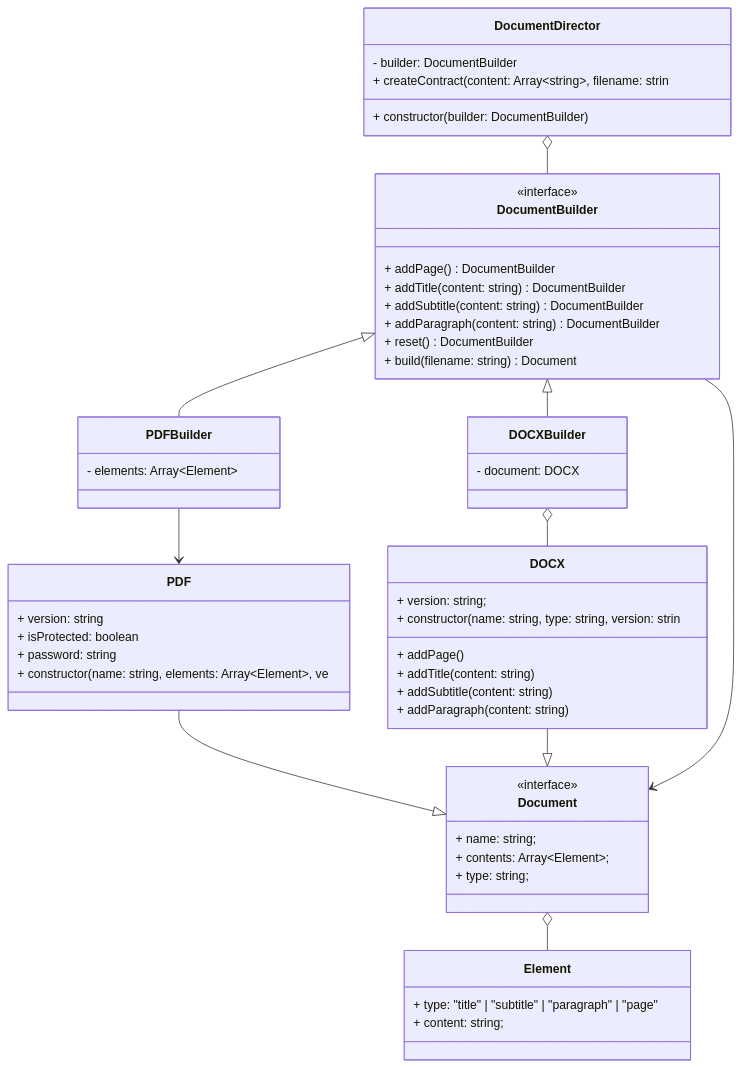
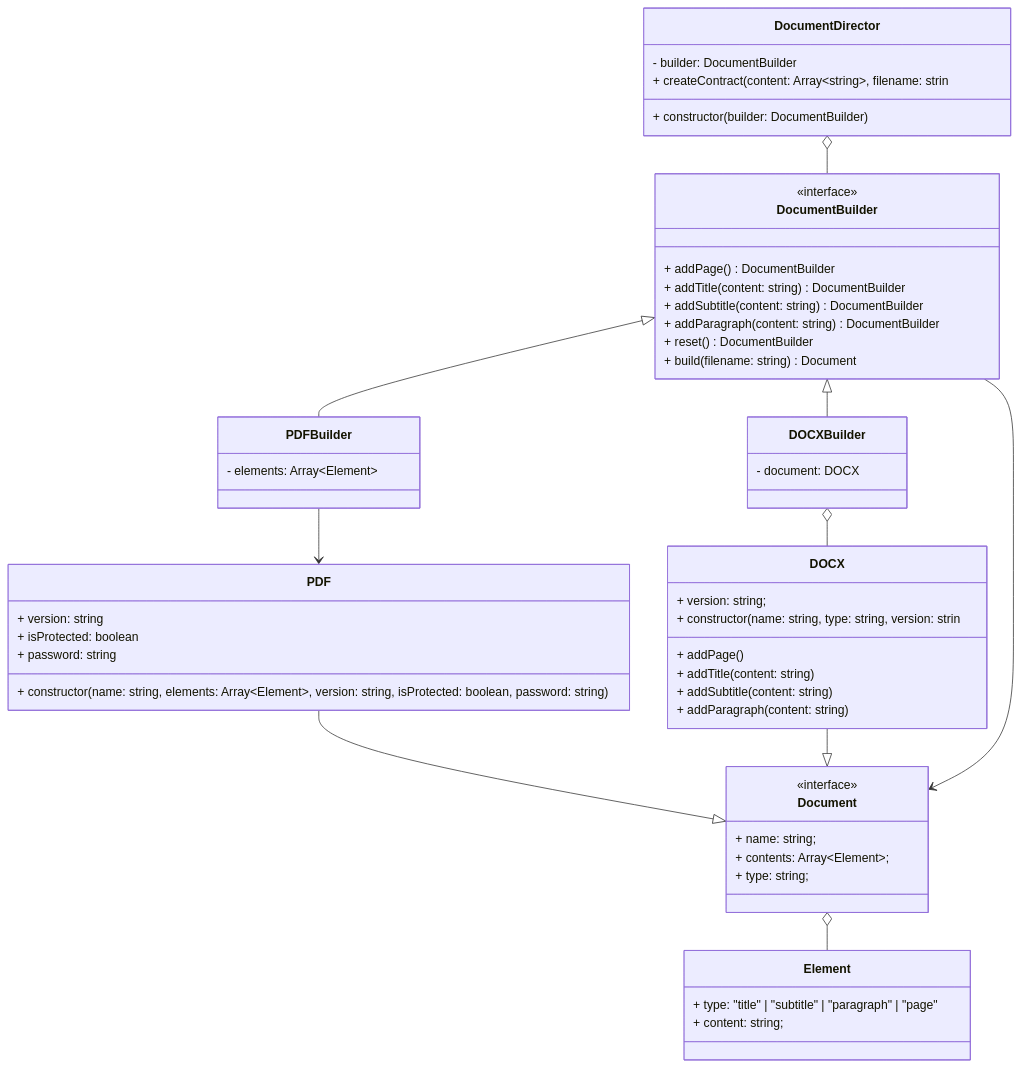
The diagram in README.md (A-Pass/IFBA-ADS-202211240006-S5.0-PRP005-Atividade.08.builder.pattern), drawn with Mermaid before and after one commit. The commit also changed 19 other files, not shown here.

```````diff
--- a/README.md
+++ b/README.md
@@ -137,57 +137,57 @@
 ```mermaid
 classDiagram
     class DocumentBuilder {
         <<interface>>
         + addPage() DocumentBuilder
         + addTitle(content: string) DocumentBuilder
         + addSubtitle(content: string) DocumentBuilder
         + addParagraph(content: string) DocumentBuilder
         + reset() DocumentBuilder
         + build(filename: string) Document
     }
     class Element {
         + type: "title" | "subtitle" | "paragraph" | "page"
         + content: string;
     }
 
     class Document {
         <<interface>>
         + name: string;
         + contents: Array~Element~;
         + type: string;
     }
     class PDF {
         + version: string
         + isProtected: boolean
         + password: string
-        + constructor(name: string, elements: Array~Element~, ve
+        + constructor(name: string, elements: Array~Element~, version: string, isProtected: boolean, password: string)
     }
     class DOCX {
         + version: string;
         + constructor(name: string, type: string, version: strin
         + addPage()
         + addTitle(content: string)
         + addSubtitle(content: string)
         + addParagraph(content: string)
     }
     class PDFBuilder {
         - elements: Array~Element~
     }
     class DOCXBuilder {
         - document: DOCX
     }
     class DocumentDirector {
         - builder: DocumentBuilder
         + constructor(builder: DocumentBuilder)
         + createContract(content: Array~string~, filename: strin
     }
     DocumentBuilder <|-- PDFBuilder
     DocumentBuilder <|-- DOCXBuilder
     PDF --|> Document
     DOCX --|> Document
     PDFBuilder --> PDF
     DocumentBuilder --> Document
     DocumentDirector o-- DocumentBuilder
     Document o-- Element
     DOCXBuilder o-- DOCX
 ``````
```````
